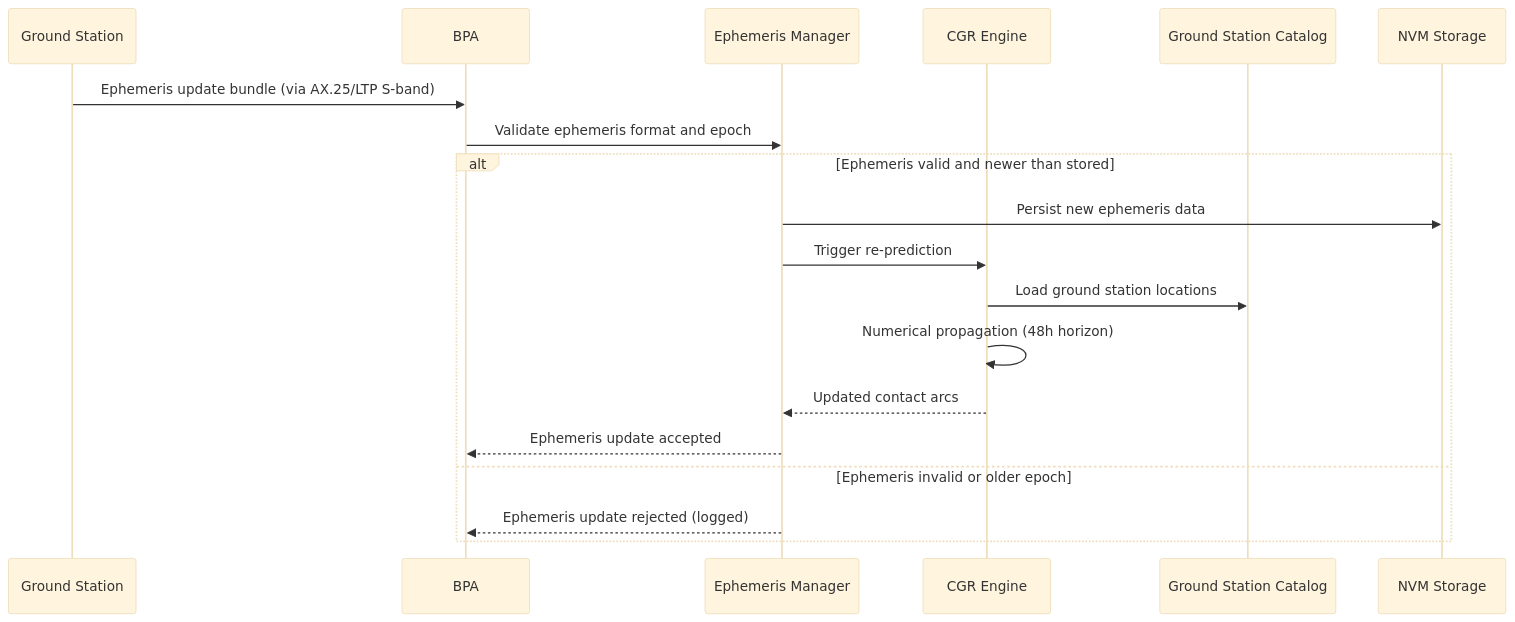
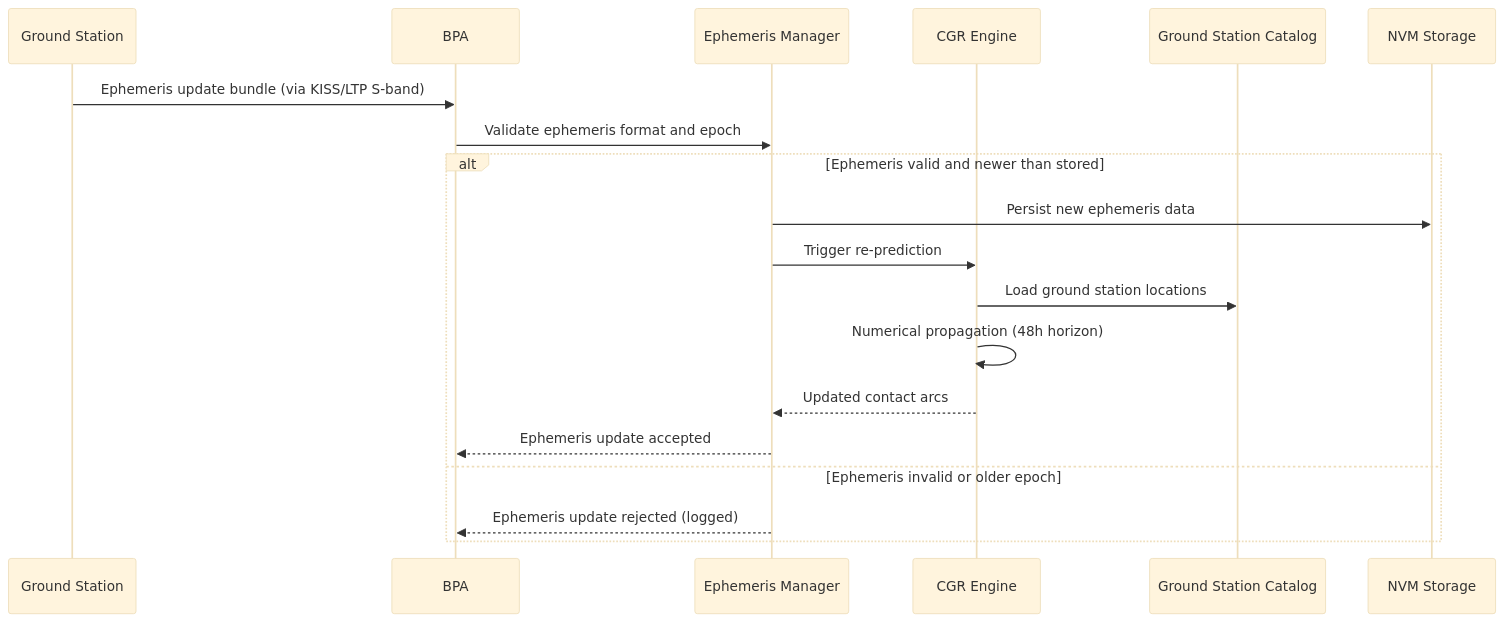
Before and after one commit to g4dpz/cislunar_proposal: the sixth of 7 diagrams in docs/cislunar-phase4/design.md, drawn with Mermaid (base theme). The commit also changed other lines of this file and 17 other files, not shown here.

Commit message:
Replace AX.25 with LTP-over-KISS and dtn:// EIDs across all specs, add cislunar redirect conf

````diff
--- a/docs/cislunar-phase4/design.md
+++ b/docs/cislunar-phase4/design.md
@@ -258,22 +258,22 @@
 ```mermaid
 sequenceDiagram
     participant GS as Ground Station
     participant BPA as BPA
     participant EPH as Ephemeris Manager
     participant CGR as CGR Engine
     participant CAT as Ground Station Catalog
     participant NVM as NVM Storage
 
-    GS->>BPA: Ephemeris update bundle (via AX.25/LTP S-band)
+    GS->>BPA: Ephemeris update bundle (via KISS/LTP S-band)
     BPA->>EPH: Validate ephemeris format and epoch
     alt Ephemeris valid and newer than stored
         EPH->>NVM: Persist new ephemeris data
         EPH->>CGR: Trigger re-prediction
         CGR->>CAT: Load ground station locations
         CGR->>CGR: Numerical propagation (48h horizon)
         CGR-->>EPH: Updated contact arcs
         EPH-->>BPA: Ephemeris update accepted
     else Ephemeris invalid or older epoch
         EPH-->>BPA: Ephemeris update rejected (logged)
     end
 ```
````
